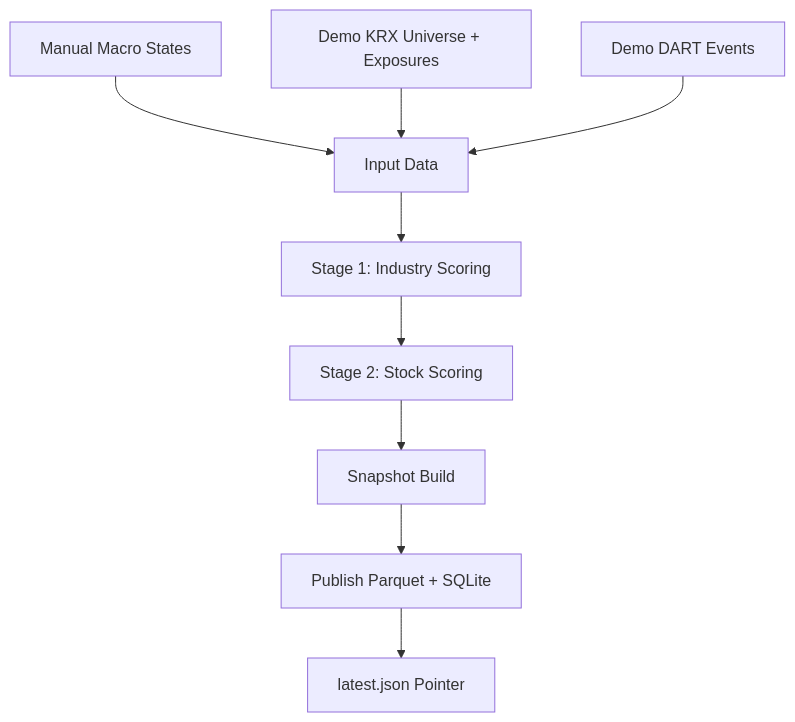
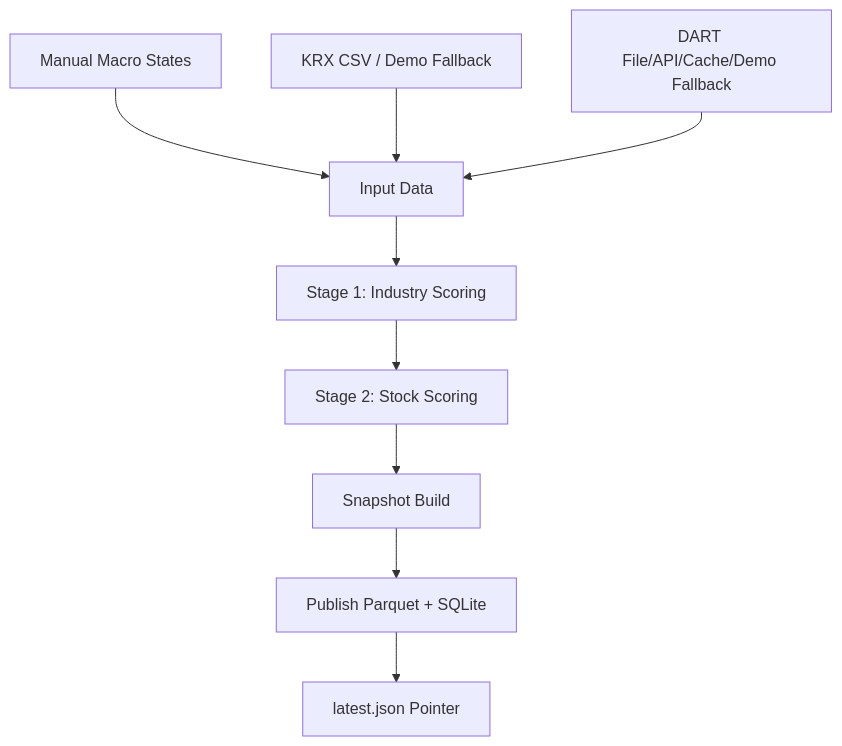
Before and after one commit to PJH-02/macro: the first of 3 diagrams in README.md, drawn with Mermaid. The commit also changed other lines of this file and 26 other files, not shown here.

````diff
--- a/README.md
+++ b/README.md
@@ -171,12 +179,12 @@
 ```mermaid
 flowchart TD
     A[Input Data] --> B[Stage 1: Industry Scoring]
     B --> C[Stage 2: Stock Scoring]
     C --> D[Snapshot Build]
     D --> E[Publish Parquet + SQLite]
     E --> F[latest.json Pointer]
 
     A1[Manual Macro States] --> A
-    A2[Demo KRX Universe + Exposures] --> A
-    A3[Demo DART Events] --> A
+    A2[KRX CSV / Demo Fallback] --> A
+    A3[DART File/API/Cache/Demo Fallback] --> A
 ```
````
